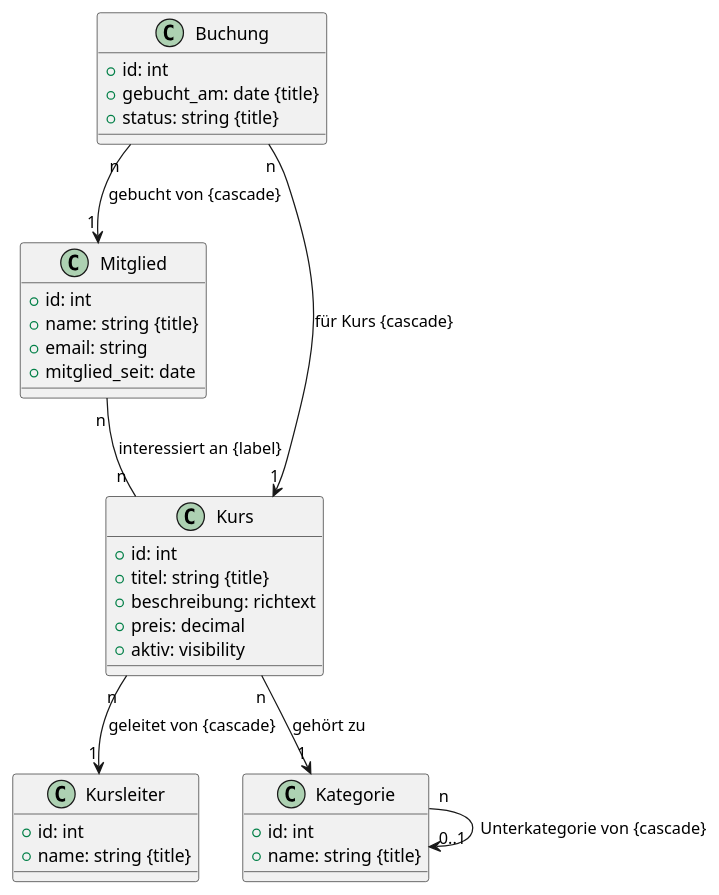
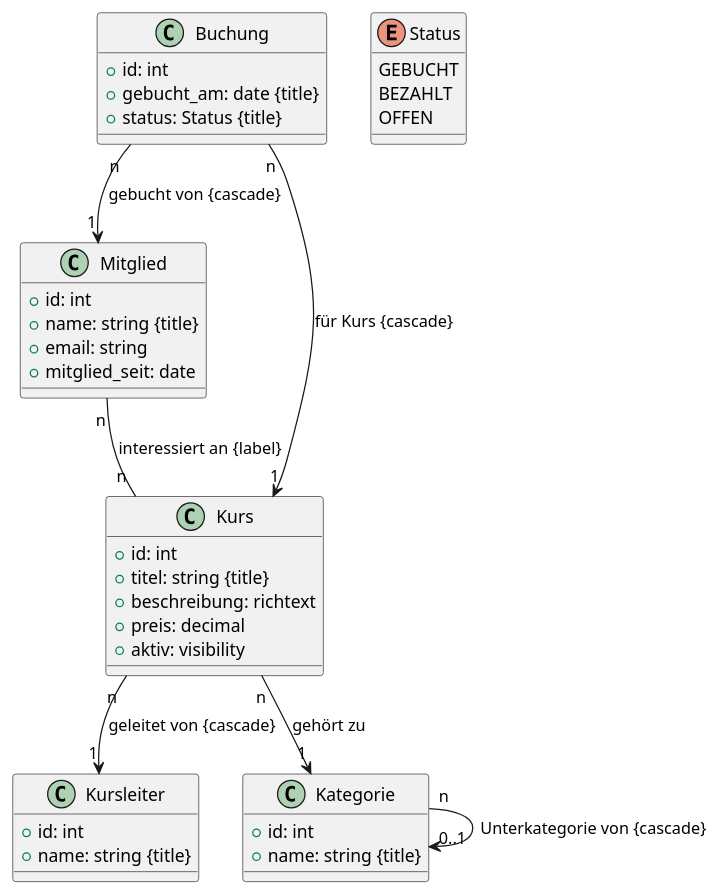
Before and after one commit to elverdaderobutschito/LessHeadCMS: the diagram in templates/kursverwaltung.puml, drawn with PlantUML. The commit also changed 41 other files, not shown here.

```diff
--- a/templates/kursverwaltung.puml
+++ b/templates/kursverwaltung.puml
@@ -1,43 +1,49 @@
 @startuml Kursverwaltung
 
 class Mitglied {
   + id: int
   + name: string {title}
   + email: string
   + mitglied_seit: date
 }
 
 class Kurs {
   + id: int
   + titel: string {title}
   + beschreibung: richtext
   + preis: decimal
   + aktiv: visibility
 }
 
 class Kursleiter {
   + id: int
   + name: string {title}
 }
 
 class Kategorie {
   + id: int
   + name: string {title}
 }
 
 class Buchung {
   + id: int
   + gebucht_am: date {title}
-  + status: string {title}
+  + status: Status {title}
+}
+
+enum Status {
+  GEBUCHT
+  BEZAHLT
+  OFFEN
 }
 
 Kurs "n" --> "1" Kategorie : gehört zu
 Kurs "n" --> "1" Kursleiter : geleitet von {cascade}
 Kategorie "n" --> "0..1" Kategorie : Unterkategorie von {cascade}
 
 Buchung "n" --> "1" Mitglied : gebucht von {cascade}
 Buchung "n" --> "1" Kurs : für Kurs {cascade}
 
 Mitglied "n" -- "n" Kurs : interessiert an {label}
 
 @enduml
```
